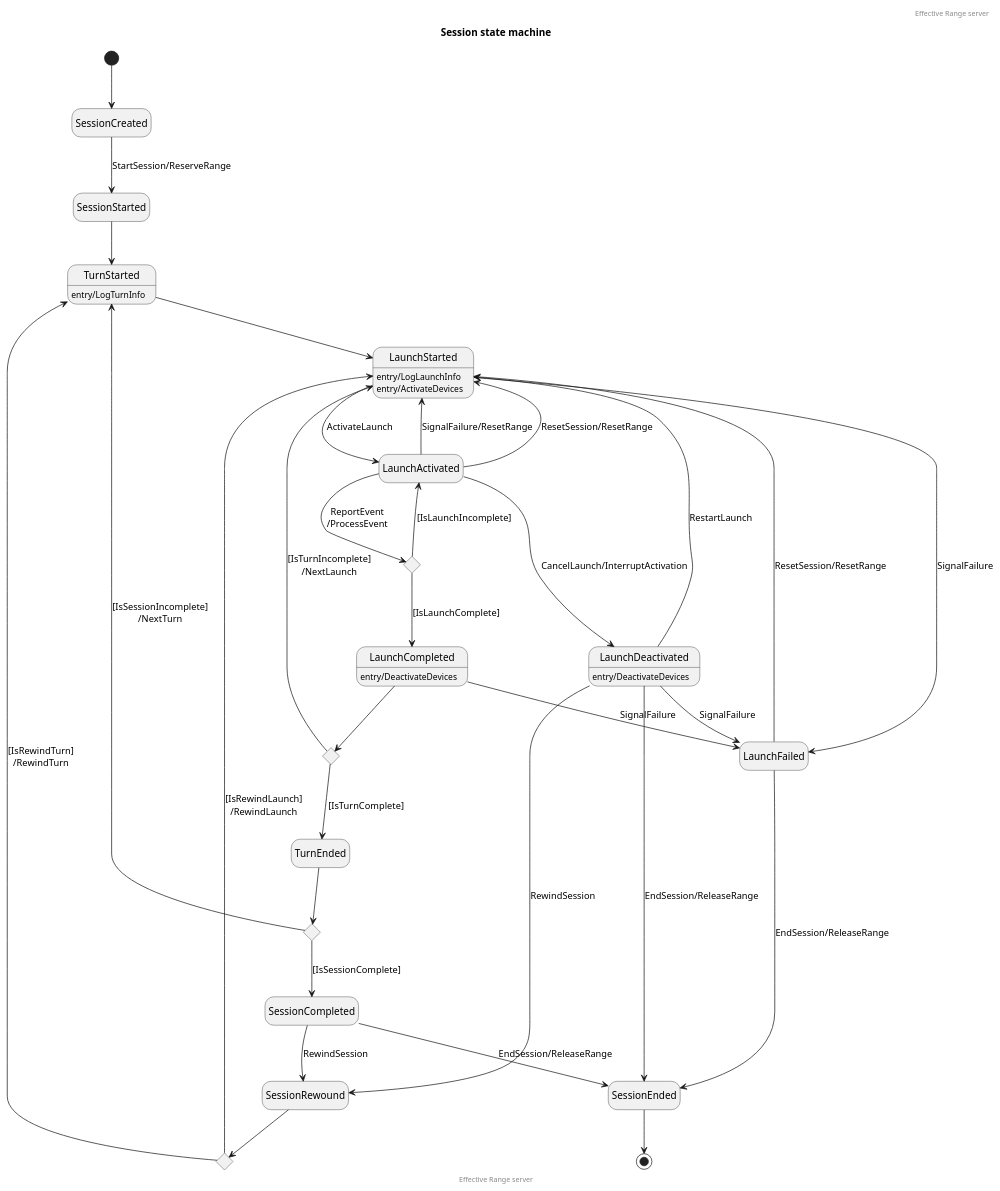
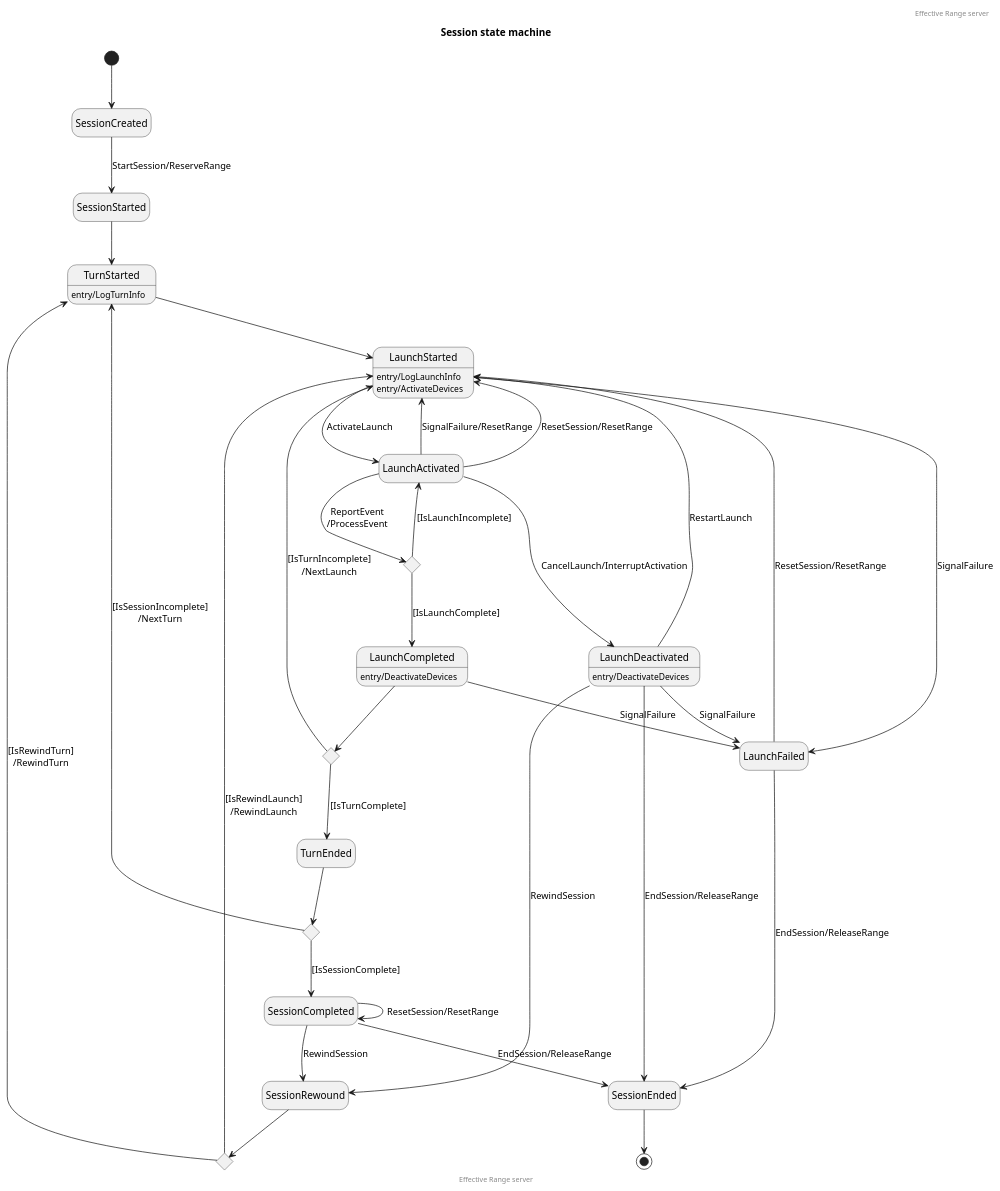
Before and after one commit to EffectiveRange/effective-range-api: the diagram in state/server-session.puml, drawn with PlantUML. The commit also changed 2 other files, not shown here.

Commit message:
Update server session diagram, update insomnia collection, add local environment (#44)

```diff
--- a/state/server-session.puml
+++ b/state/server-session.puml
@@ -1,68 +1,69 @@
 @startuml
 hide empty description
 
 header Effective Range server
 title Session state machine
 
 [*] --> SessionCreated
 SessionCreated --> SessionStarted : StartSession/ReserveRange
 SessionStarted --> TurnStarted
 TurnStarted : entry/LogTurnInfo
 TurnStarted --> LaunchStarted
 
 LaunchStarted : entry/LogLaunchInfo
 LaunchStarted : entry/ActivateDevices
 LaunchStarted --> LaunchActivated : ActivateLaunch
 
 state LaunchActivatedChoice <<choice>>
 
 ' Successful launch
 LaunchActivated --> LaunchActivatedChoice : ReportEvent\n/ProcessEvent
 LaunchActivatedChoice --> LaunchActivated : [IsLaunchIncomplete]
 LaunchActivatedChoice --> LaunchCompleted : [IsLaunchComplete]
 LaunchCompleted : entry/DeactivateDevices
 
 state LaunchCompleteChoice <<choice>>
 
 LaunchCompleted --> LaunchCompleteChoice
 LaunchCompleteChoice --> LaunchStarted : [IsTurnIncomplete]\n/NextLaunch
 LaunchCompleteChoice --> TurnEnded : [IsTurnComplete]
 
 LaunchActivated --> LaunchDeactivated : CancelLaunch/InterruptActivation
 LaunchDeactivated : entry/DeactivateDevices
 LaunchDeactivated --> SessionEnded : EndSession/ReleaseRange
 
 ' Restart launch
 LaunchDeactivated --> LaunchStarted : RestartLaunch
 
 ' Failed launch
 LaunchStarted --> LaunchFailed : SignalFailure
 LaunchActivated --> LaunchStarted : SignalFailure/ResetRange
 LaunchCompleted --> LaunchFailed : SignalFailure
 LaunchDeactivated --> LaunchFailed : SignalFailure
 LaunchFailed --> LaunchStarted : ResetSession/ResetRange
 LaunchFailed --> SessionEnded : EndSession/ReleaseRange
 
 ' Continue session after server restart
 LaunchActivated --> LaunchStarted : ResetSession/ResetRange
+SessionCompleted --> SessionCompleted : ResetSession/ResetRange
 
 ' Rewound session
 state SessionRewoundChoice <<choice>>
 
 LaunchDeactivated --> SessionRewound : RewindSession
 SessionRewound --> SessionRewoundChoice
 SessionRewoundChoice --> LaunchStarted : [IsRewindLaunch]\n/RewindLaunch
 SessionRewoundChoice --> TurnStarted : [IsRewindTurn]\n/RewindTurn
 
 state TurnEndedChoice <<choice>>
 
 TurnEnded --> TurnEndedChoice
 TurnEndedChoice --> TurnStarted : [IsSessionIncomplete]\n/NextTurn
 TurnEndedChoice --> SessionCompleted : [IsSessionComplete]
 SessionCompleted --> SessionRewound : RewindSession
 SessionCompleted --> SessionEnded : EndSession/ReleaseRange
 SessionEnded --> [*]
 
 footer Effective Range server
 
 @enduml
```
